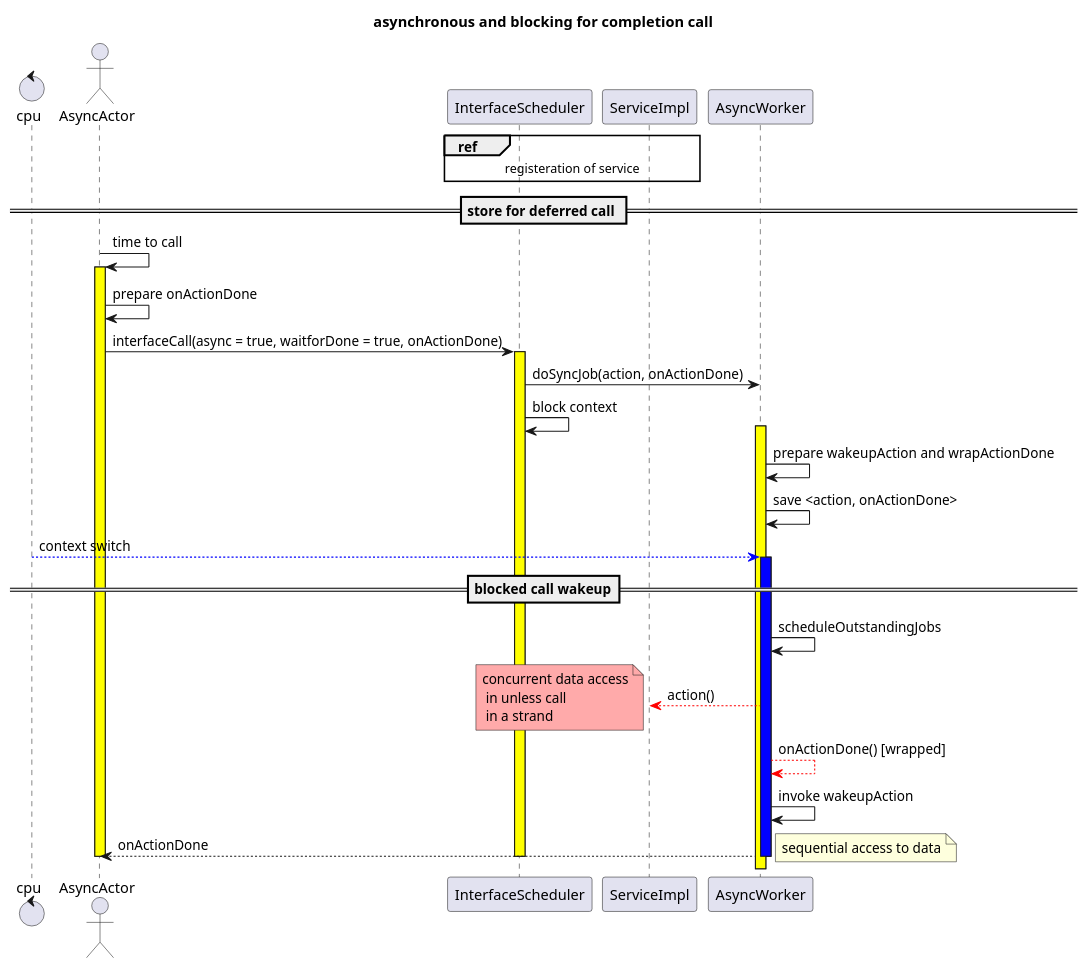
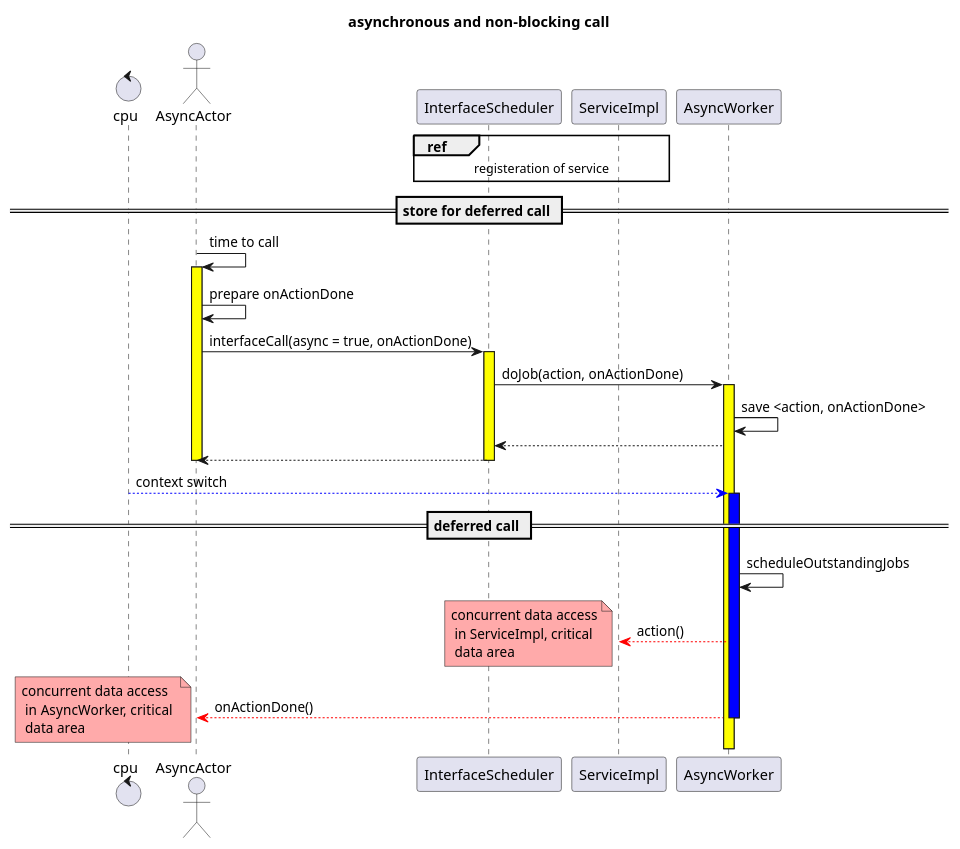
The diagram in assets/async_lib/asyncNonBlock.pu (skyscribe/skyscribe.github.io), drawn with PlantUML before and after one commit. The commit also changed 10 other files, not shown here.

```diff
--- a/assets/async_lib/asyncNonBlock.pu
+++ b/assets/async_lib/asyncNonBlock.pu
@@ -1,34 +1,48 @@
 @startuml
-title asynchronous and blocking for completion call
+title asynchronous and non-blocking call
+
 control cpu
 actor AsyncActor
+
 ref over InterfaceScheduler, ServiceImpl: registeration of service
+
 == store for deferred call ==
 AsyncActor -> AsyncActor: time to call
 activate AsyncActor #Yellow
 AsyncActor -> AsyncActor : prepare onActionDone
-AsyncActor -> InterfaceScheduler : interfaceCall(async = true, waitforDone = true, onActionDone)
+AsyncActor -> InterfaceScheduler : interfaceCall(async = true, onActionDone)
+
 activate InterfaceScheduler #Yellow
-InterfaceScheduler -> AsyncWorker : doSyncJob(action, onActionDone)
-InterfaceScheduler -> InterfaceScheduler : block context
+InterfaceScheduler -> AsyncWorker : doJob(action, onActionDone)
+
 activate AsyncWorker #Yellow
-AsyncWorker -> AsyncWorker : prepare wakeupAction and wrapActionDone
 AsyncWorker -> AsyncWorker : save <action, onActionDone>
+AsyncWorker --> InterfaceScheduler
+InterfaceScheduler --> AsyncActor
+
+deactivate InterfaceScheduler
+deactivate AsyncActor
+
 cpu --[#Blue]> AsyncWorker : context switch
 activate AsyncWorker #Blue
-== blocked call wakeup==
+
+== deferred call ==
+
 AsyncWorker -> AsyncWorker : scheduleOutstandingJobs
+
 AsyncWorker --[#Red]> ServiceImpl : action()
 note left #FFAAAA
     concurrent data access
-     in unless call
-     in a strand
+     in ServiceImpl, critical
+     data area
 end note
-AsyncWorker --[#Red]> AsyncWorker : onActionDone() [wrapped]
-AsyncWorker -> AsyncWorker : invoke wakeupAction
-AsyncWorker --> AsyncActor : onActionDone
-note right: sequential access to data
+
+AsyncWorker --[#Red]> AsyncActor : onActionDone()
+note left #FFAAAA
+    concurrent data access
+     in AsyncWorker, critical 
+     data area
+end note
+
 deactivate AsyncWorker
-deactivate InterfaceScheduler
-deactivate AsyncActor
 @enduml
```
